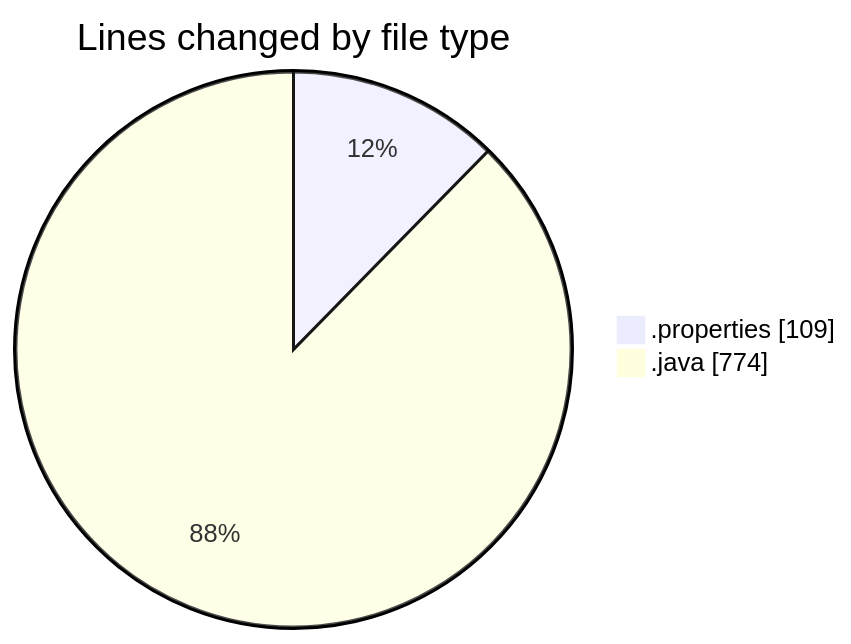
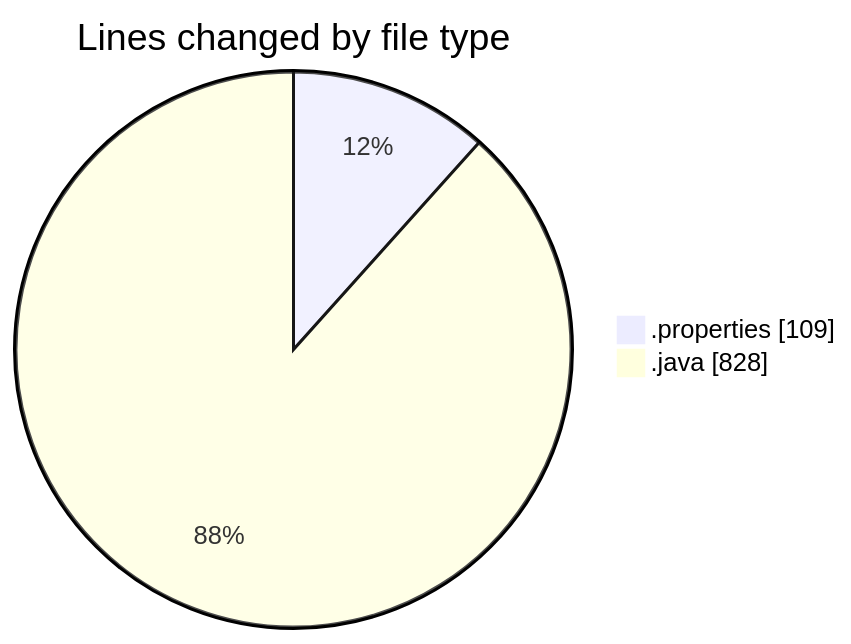
One commit to ricardozamudiocil/code-tracking changed the first of 2 diagrams in 2026-06-09/cilreports__workspace_/README.md. Above: the diagram before and after it, drawn with Mermaid. The commit also changed other lines of this file and 1 other file, not shown here.

````diff
--- a/2026-06-09/cilreports__workspace_/README.md
+++ b/2026-06-09/cilreports__workspace_/README.md
@@ -23,6 +24,6 @@
 ```mermaid
 pie showData
 title Lines changed by file type
 ".properties" : 109
-".java" : 774
+".java" : 828
 ```
````
